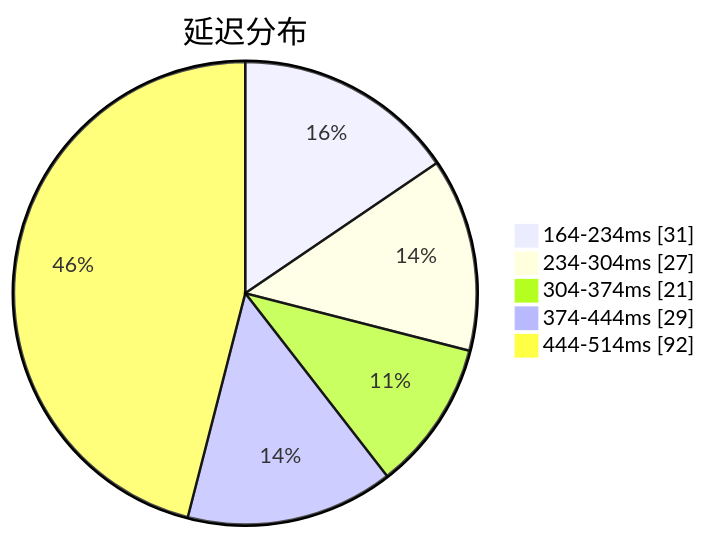
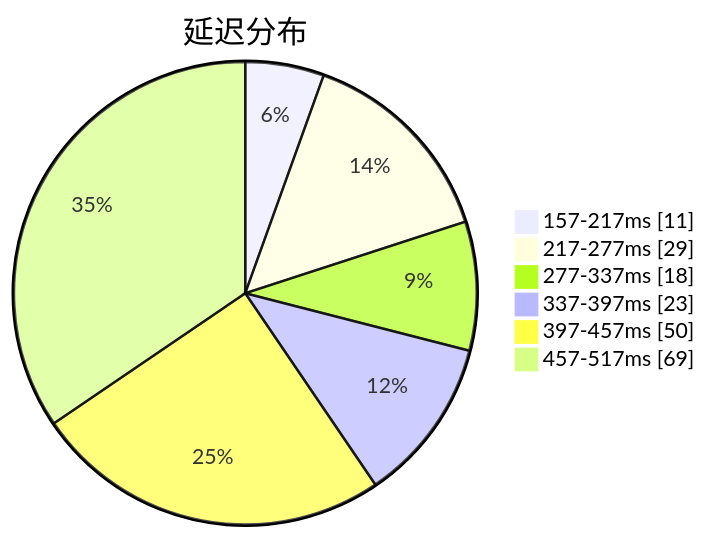
Before and after one commit to qjlxg/airport: the first of 3 diagrams in subs/statistics/tested_within.md, drawn with Mermaid. The commit also changed other lines of this file and 2 other files, not shown here.

````diff
--- a/subs/statistics/tested_within.md
+++ b/subs/statistics/tested_within.md
@@ -2,9 +2,10 @@
 ```mermaid
 pie showData
 title 延迟分布
-"164-234ms" : 31
-"234-304ms" : 27
-"304-374ms" : 21
-"374-444ms" : 29
-"444-514ms" : 92
+"157-217ms" : 11
+"217-277ms" : 29
+"277-337ms" : 18
+"337-397ms" : 23
+"397-457ms" : 50
+"457-517ms" : 69
 ```
````
